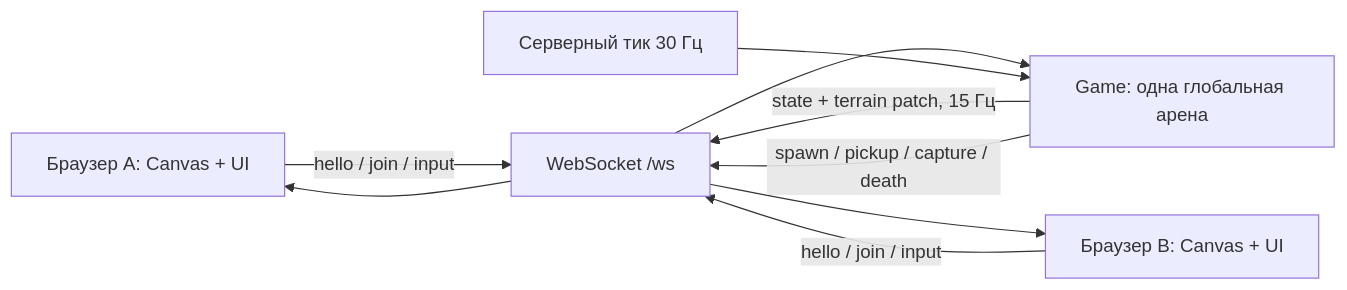
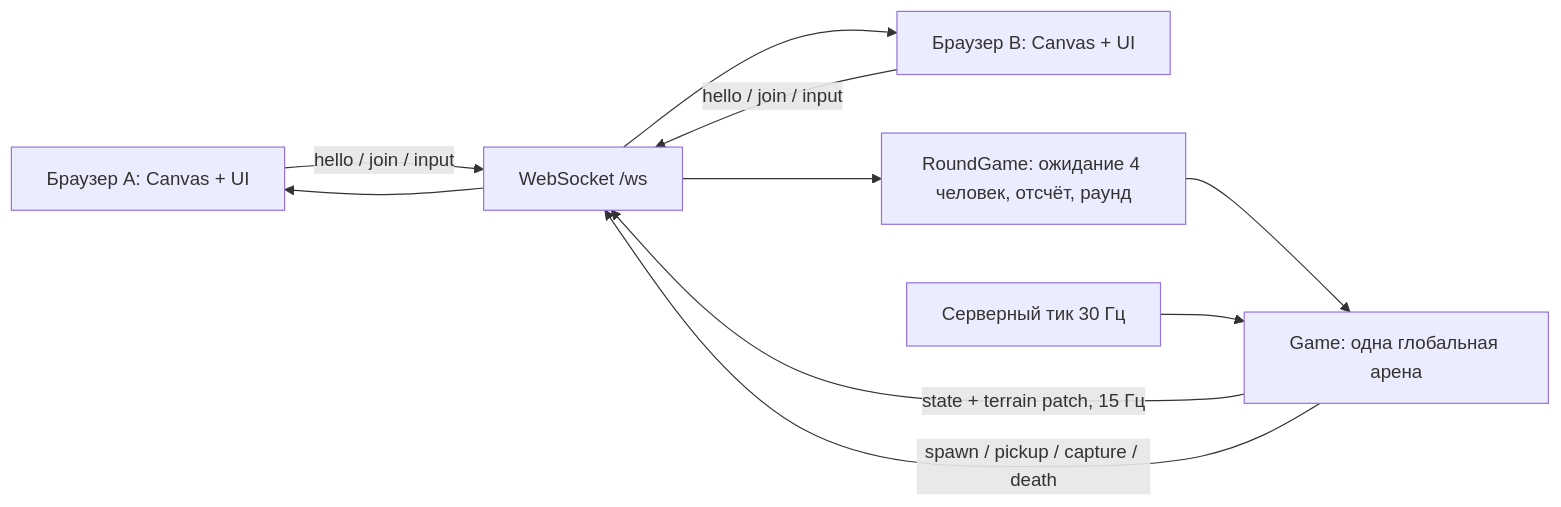
Before and after one commit to fjfcgghhhhf-bot/ssjsjsjjsjsjssjjs: the diagram in README.md, drawn with Mermaid. The commit also changed other lines of this file and 17 other files, not shown here.

````diff
--- a/README.md
+++ b/README.md
@@ -55,11 +59,12 @@
 ```mermaid
 flowchart LR
   A[Браузер A: Canvas + UI] -->|hello / join / input| WS[WebSocket /ws]
   B[Браузер B: Canvas + UI] -->|hello / join / input| WS
-  WS --> G[Game: одна глобальная арена]
+  WS --> R[RoundGame: ожидание 4 человек, отсчёт, раунд]
+  R --> G[Game: одна глобальная арена]
   G -->|state + terrain patch, 15 Гц| WS
   G -->|spawn / pickup / capture / death| WS
   WS --> A
   WS --> B
   T[Серверный тик 30 Гц] --> G
 ```
````
